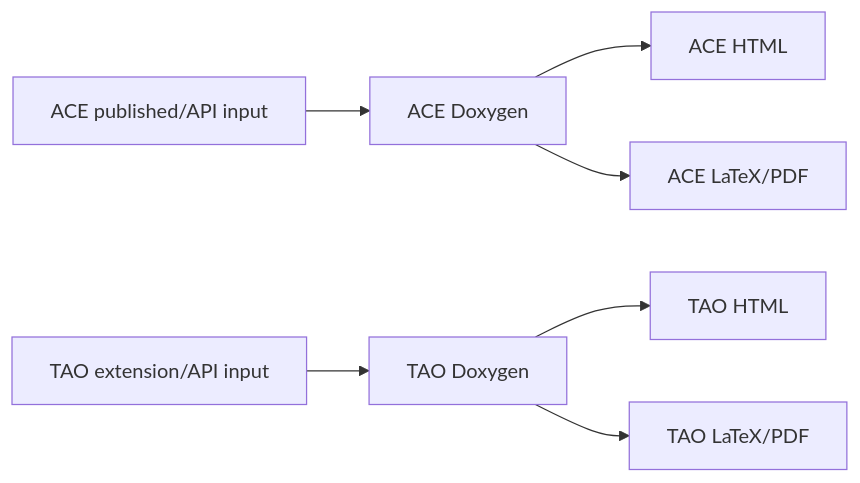
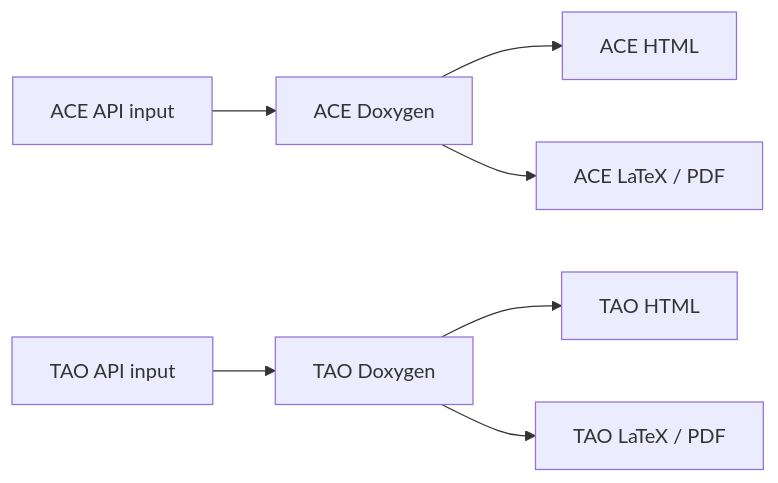
The tenth of 10 diagrams in admin/server-docs/library-extensions.md (adeccscholar/BuildEngine-Admin), drawn with Mermaid before and after one commit. The commit also changed other lines of this file, not shown here.

Commit message:
Align extension docs with producer preparation and handoff barrier

````diff
--- a/admin/server-docs/library-extensions.md
+++ b/admin/server-docs/library-extensions.md
@@ -350,9 +345,9 @@
 ```mermaid
 flowchart LR
-    AS[ACE published/API input] --> AD[ACE Doxygen]
-    TS[TAO extension/API input] --> TD[TAO Doxygen]
+    AS[ACE API input] --> AD[ACE Doxygen]
+    TS[TAO API input] --> TD[TAO Doxygen]
     AD --> AH[ACE HTML]
-    AD --> AP[ACE LaTeX/PDF]
+    AD --> AP[ACE LaTeX / PDF]
     TD --> TH[TAO HTML]
-    TD --> TP[TAO LaTeX/PDF]
+    TD --> TP[TAO LaTeX / PDF]
 ```
````
